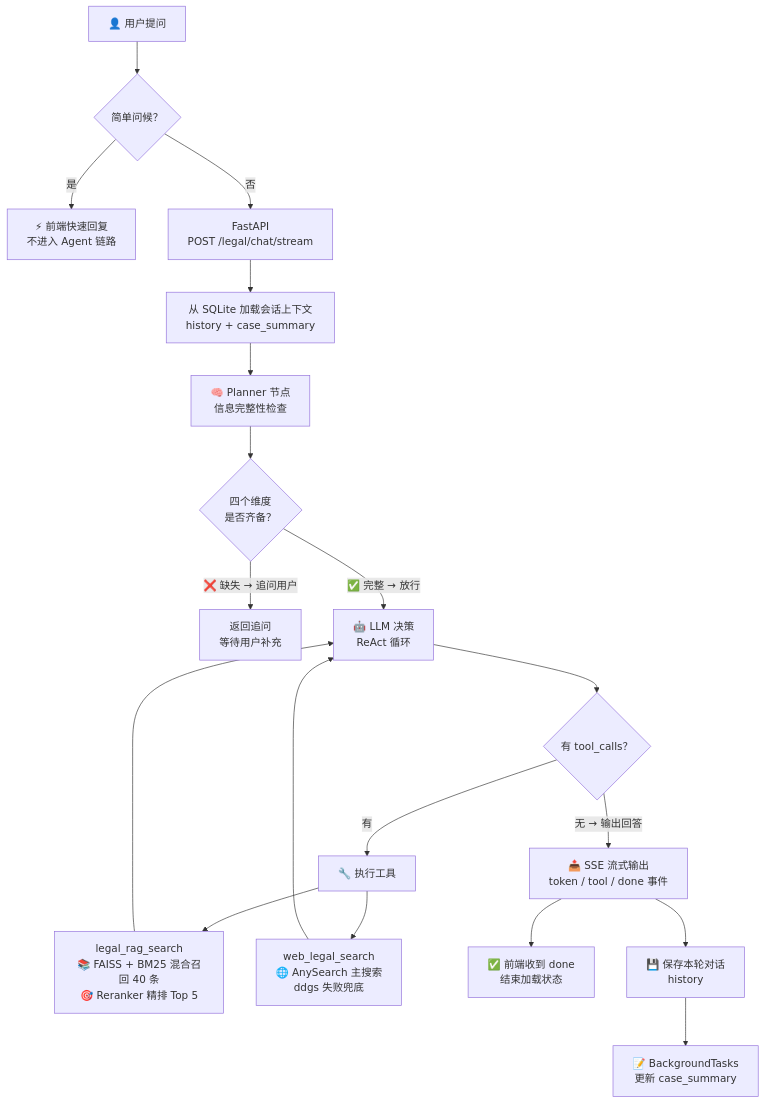
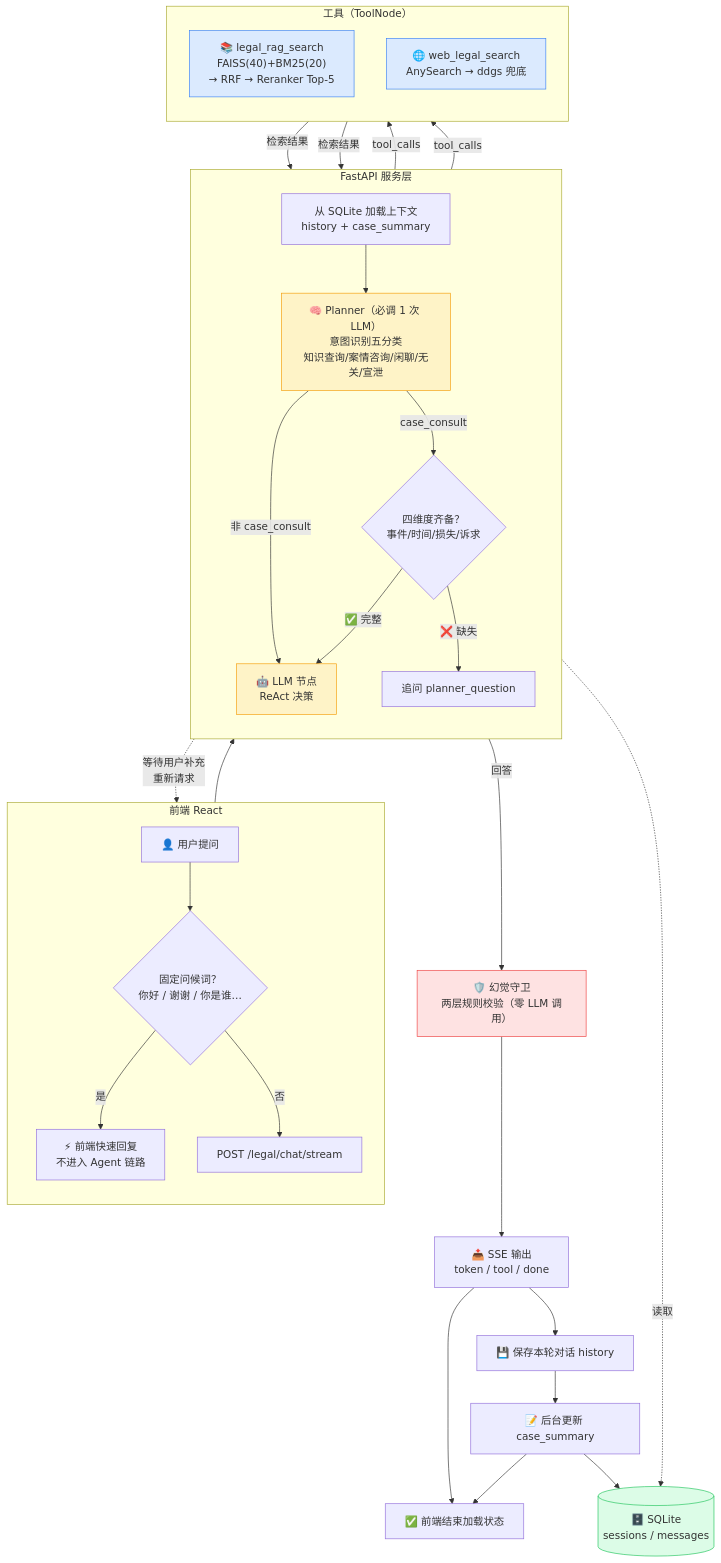
One commit to an-s57/legal_agent changed the diagram in README.md. Above: the diagram before and after it, drawn with Mermaid. The commit also changed other lines of this file and 5 other files, not shown here.

Commit message:
docs: README 架构图更新（Planner 意图识别五分类）+ 侧边栏样式显眼化；chore: Dockerfile 补 config.py

````diff
--- a/README.md
+++ b/README.md
@@ -21,24 +21,49 @@
 ```mermaid
 flowchart TD
-    A["👤 用户提问"] --> Q{"简单问候？"}
-    Q -->|"是"| FQ["⚡ 前端快速回复<br/>不进入 Agent 链路"]
-    Q -->|"否"| B["FastAPI<br/>POST /legal/chat/stream"]
-    B --> C["从 SQLite 加载会话上下文<br/>history + case_summary"]
-    C --> D["🧠 Planner 节点<br/>信息完整性检查"]
+    subgraph FE["前端 React"]
+        direction TB
+        U["👤 用户提问"] --> Q{"固定问候词？<br/>你好 / 谢谢 / 你是谁…"}
+        Q -->|"是"| QR["⚡ 前端快速回复<br/>不进入 Agent 链路"]
+        Q -->|"否"| REQ["POST /legal/chat/stream"]
+    end
 
-    D --> E{"四个维度<br/>是否齐备？"}
-    E -->|"❌ 缺失 → 追问用户"| F["返回追问<br/>等待用户补充"]
-    E -->|"✅ 完整 → 放行"| G["🤖 LLM 决策<br/>ReAct 循环"]
+    subgraph BE["FastAPI 服务层"]
+        direction TB
+        REQ --> LOAD["从 SQLite 加载上下文<br/>history + case_summary"]
+        LOAD --> P["🧠 Planner（必调 1 次 LLM）<br/>意图识别五分类<br/>知识查询/案情咨询/闲聊/无关/宣泄"]
+        P -->|"非 case_consult"| LLM["🤖 LLM 节点<br/>ReAct 决策"]
+        P -->|"case_consult"| SLOT{"四维度齐备？<br/>事件/时间/损失/诉求"}
+        SLOT -->|"✅ 完整"| LLM
+        SLOT -->|"❌ 缺失"| ASK["追问 planner_question"]
+        ASK -.->|"等待用户补充<br/>重新请求"| U
+    end
 
-    G --> H{"有 tool_calls？"}
-    H -->|"有"| I["🔧 执行工具"]
-    I --> I1["legal_rag_search<br/>📚 FAISS + BM25 混合召回 40 条<br/>🎯 Reranker 精排 Top 5"]
-    I --> I2["web_legal_search<br/>🌐 AnySearch 主搜索<br/>ddgs 失败兜底"]
-    I1 --> G
-    I2 --> G
-    H -->|"无 → 输出回答"| J["📤 SSE 流式输出<br/>token / tool / done 事件"]
+    subgraph TOOLBOX["工具（ToolNode）"]
+        direction TB
+        RAG["📚 legal_rag_search<br/>FAISS(40)+BM25(20)<br/>→ RRF → Reranker Top-5"]
+        WEB["🌐 web_legal_search<br/>AnySearch → ddgs 兜底"]
+    end
 
-    J --> L["✅ 前端收到 done<br/>结束加载状态"]
-    J --> K["💾 保存本轮对话<br/>history"]
-    K --> M["📝 BackgroundTasks<br/>更新 case_summary"]
+    LLM -->|"tool_calls"| RAG
+    LLM -->|"tool_calls"| WEB
+    RAG -->|"检索结果"| LLM
+    WEB -->|"检索结果"| LLM
+    LLM -->|"回答"| GUARD["🛡️ 幻觉守卫<br/>两层规则校验（零 LLM 调用）"]
+    GUARD --> OUT["📤 SSE 输出<br/>token / tool / done"]
+
+    OUT --> FE_DONE["✅ 前端结束加载状态"]
+    OUT --> SAVE["💾 保存本轮对话 history"]
+    SAVE --> SUM["📝 后台更新 case_summary"]
+    SUM --> FE_DONE
+    SUM --> DB[("🗄️ SQLite<br/>sessions / messages")]
+    LOAD -.->|"读取"| DB
+
+    classDef llm fill:#fef3c7,stroke:#f59e0b;
+    classDef tool fill:#dbeafe,stroke:#3b82f6;
+    classDef guard fill:#fee2e2,stroke:#ef4444;
+    classDef store fill:#dcfce7,stroke:#22c55e;
+    class P,LLM llm;
+    class RAG,WEB tool;
+    class GUARD guard;
+    class DB store;
 ```
````
